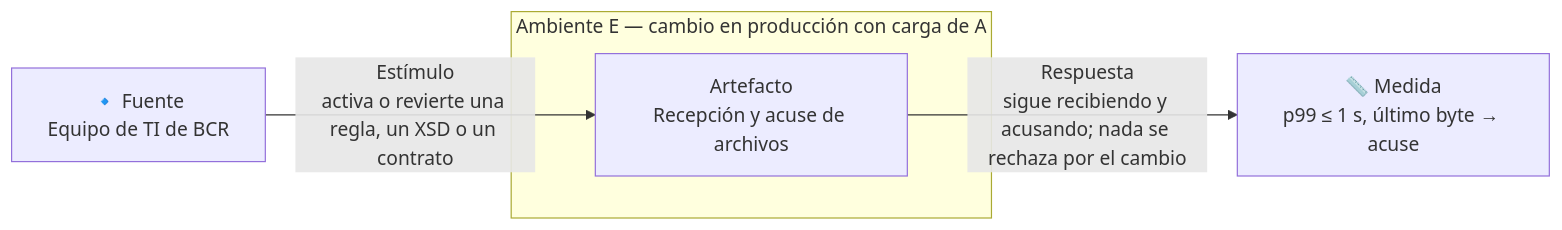
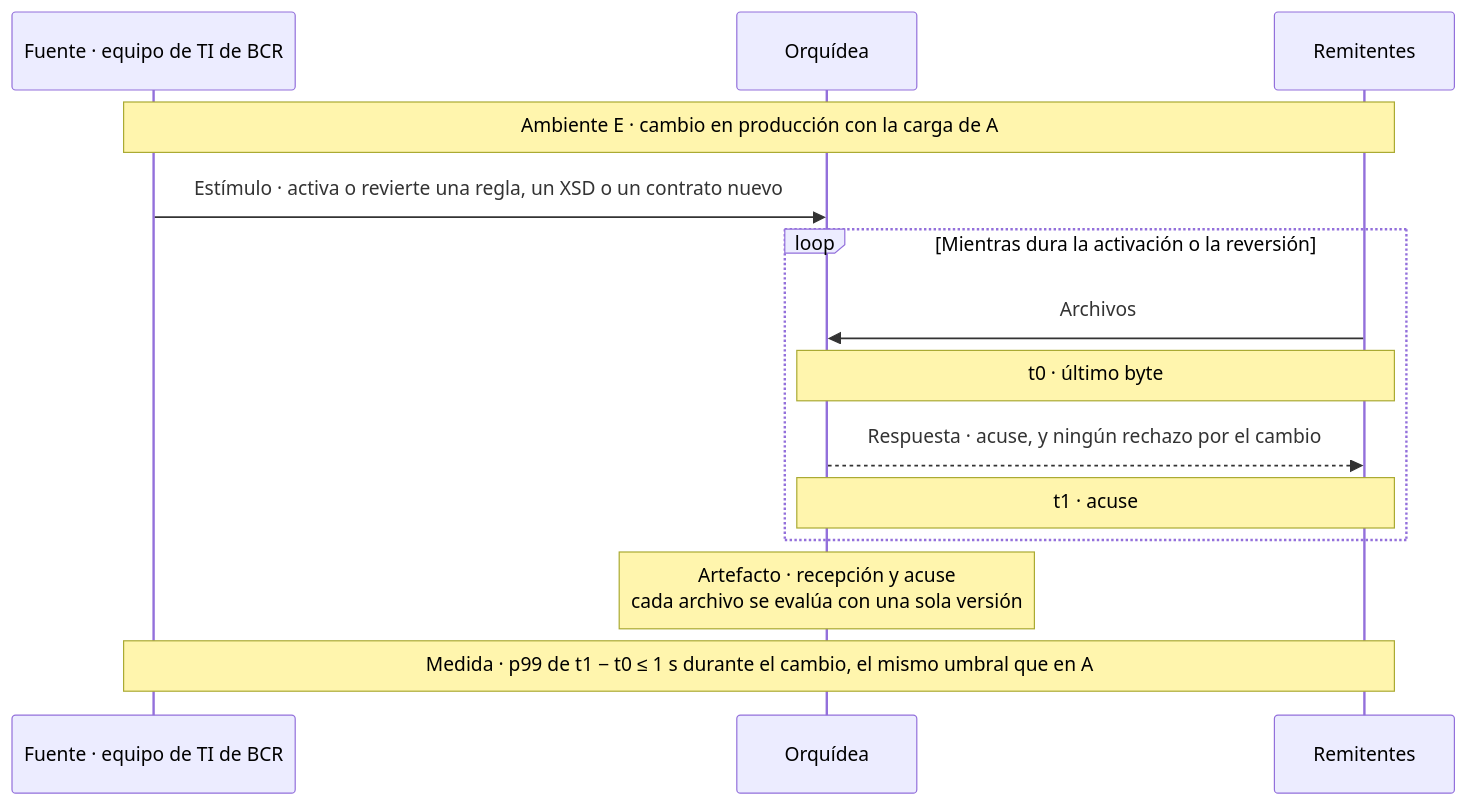
Before and after one commit to MATI-MBIT/arqsoft-reto-4: diagram 11 of 17 in docs/quality-attributes.md, drawn with Mermaid. The commit also changed other lines of this file, not shown here.

Commit message:
Cambia los diagramas de los ASR por diagramas de secuencia con t0, t1 y la medida

````diff
--- a/docs/quality-attributes.md
+++ b/docs/quality-attributes.md
@@ -392,9 +451,16 @@
 ```mermaid
-flowchart LR
-    F["🔹 Fuente<br/>Equipo de TI de BCR"]
-    F -- "Estímulo<br/>activa o revierte una regla, un XSD o un contrato" --> A
-    subgraph AMB["Ambiente E — cambio en producción con carga de A"]
-        A["Artefacto<br/>Recepción y acuse de archivos"]
+sequenceDiagram
+    participant T as Fuente · equipo de TI de BCR
+    participant O as Orquídea
+    participant R as Remitentes
+    Note over T,R: Ambiente E · cambio en producción con la carga de A
+    T->>O: Estímulo · activa o revierte una regla, un XSD o un contrato nuevo
+    loop Mientras dura la activación o la reversión
+        R->>O: Archivos
+        Note over O,R: t0 · último byte
+        O-->>R: Respuesta · acuse, y ningún rechazo por el cambio
+        Note over O,R: t1 · acuse
     end
-    A -- "Respuesta<br/>sigue recibiendo y acusando; nada se rechaza por el cambio" --> M["📏 Medida<br/>p99 ≤ 1 s, último byte → acuse"]
+    Note over O: Artefacto · recepción y acuse<br/>cada archivo se evalúa con una sola versión
+    Note over T,R: Medida · p99 de t1 − t0 ≤ 1 s durante el cambio, el mismo umbral que en A
 ```
````
